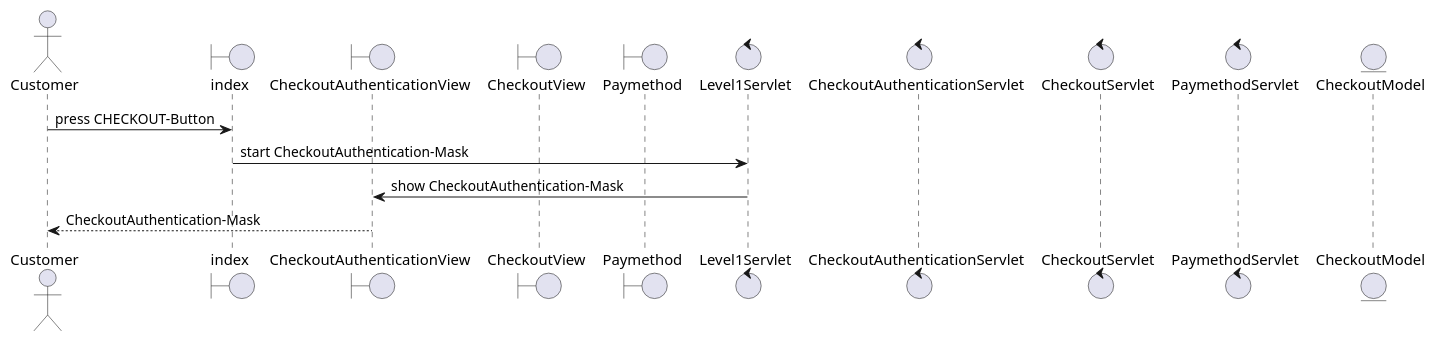
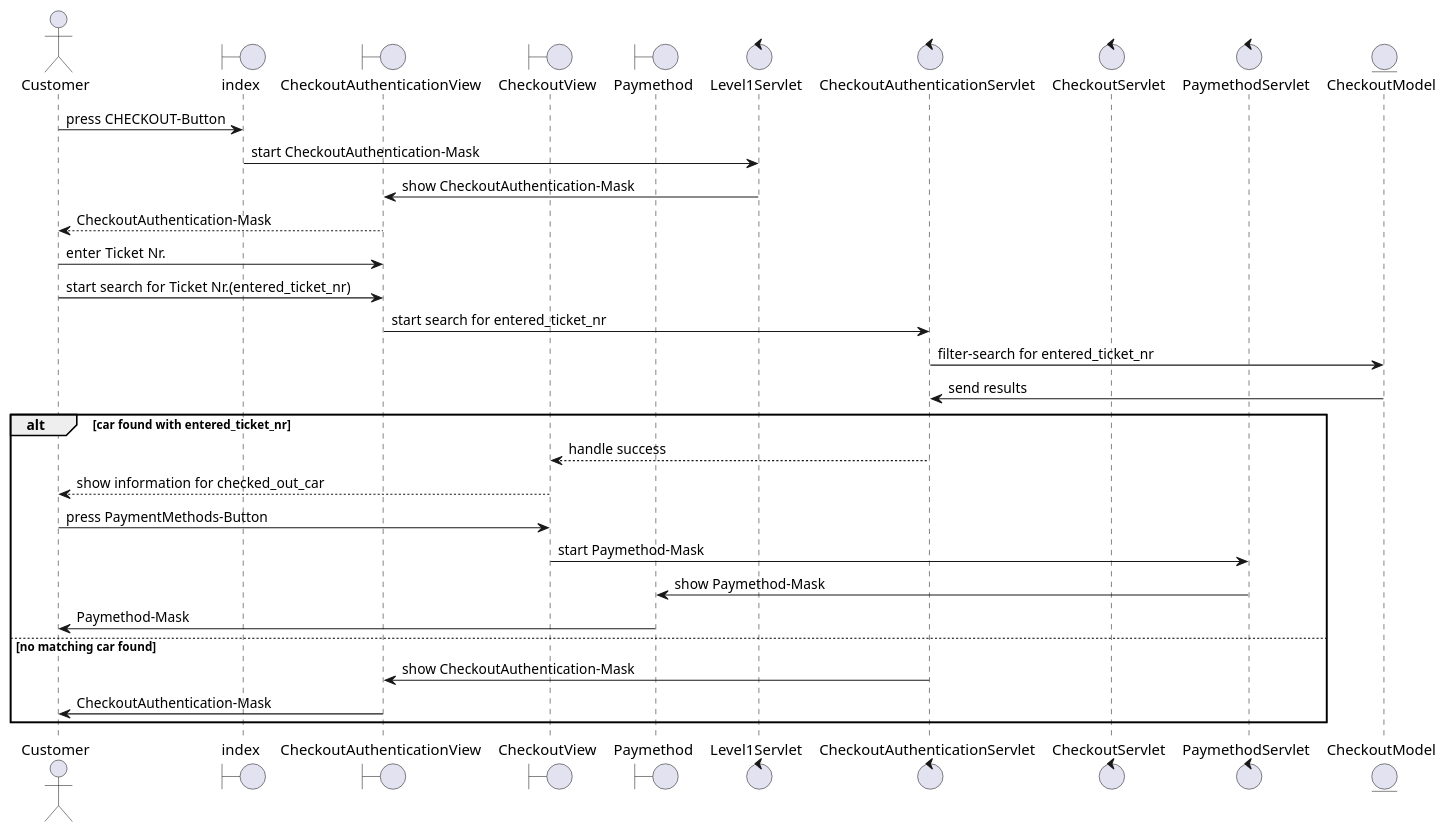
Before and after one commit to 1nbetw33n/Parkhaus_new: the diagram in src/main/parkhaus-project/Parkhaus/java/Planung/DIAGRAMM/sd_Checkout.puml, drawn with PlantUML.

Commit message:
Added search for entered ticket nr

```diff
--- a/src/main/parkhaus-project/Parkhaus/java/Planung/DIAGRAMM/sd_Checkout.puml
+++ b/src/main/parkhaus-project/Parkhaus/java/Planung/DIAGRAMM/sd_Checkout.puml
@@ -2,19 +2,34 @@
 @startuml
 'https://plantuml.com/class-diagram
 'Erstellt von Rahgawi
 actor Customer
 boundary index
 boundary CheckoutAuthenticationView
 boundary CheckoutView
 boundary Paymethod
 control Level1Servlet
 control CheckoutAuthenticationServlet
 control CheckoutServlet
 control PaymethodServlet
 entity CheckoutModel
 Customer -> index : press CHECKOUT-Button
 index -> Level1Servlet : start CheckoutAuthentication-Mask
 Level1Servlet -> CheckoutAuthenticationView : show CheckoutAuthentication-Mask
 CheckoutAuthenticationView --> Customer : CheckoutAuthentication-Mask
-
+Customer -> CheckoutAuthenticationView : enter Ticket Nr.
+Customer -> CheckoutAuthenticationView : start search for Ticket Nr.(entered_ticket_nr)
+CheckoutAuthenticationView -> CheckoutAuthenticationServlet : start search for entered_ticket_nr
+CheckoutAuthenticationServlet -> CheckoutModel : filter-search for entered_ticket_nr
+CheckoutModel -> CheckoutAuthenticationServlet : send results
+alt car found with entered_ticket_nr
+    CheckoutAuthenticationServlet --> CheckoutView : handle success
+    CheckoutView --> Customer : show information for checked_out_car
+    Customer -> CheckoutView : press PaymentMethods-Button
+    CheckoutView -> PaymethodServlet : start Paymethod-Mask
+    PaymethodServlet -> Paymethod : show Paymethod-Mask
+    Paymethod -> Customer : Paymethod-Mask
+else no matching car found
+    CheckoutAuthenticationServlet -> CheckoutAuthenticationView : show CheckoutAuthentication-Mask
+    CheckoutAuthenticationView -> Customer : CheckoutAuthentication-Mask
+ end
 @enduml
```
